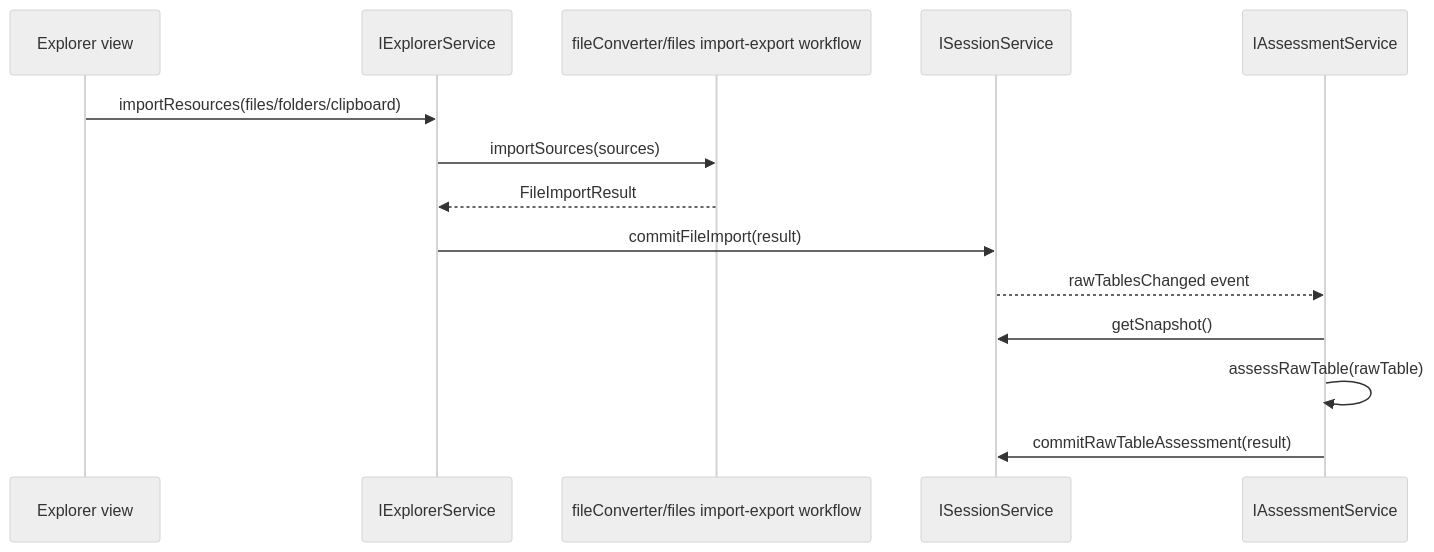
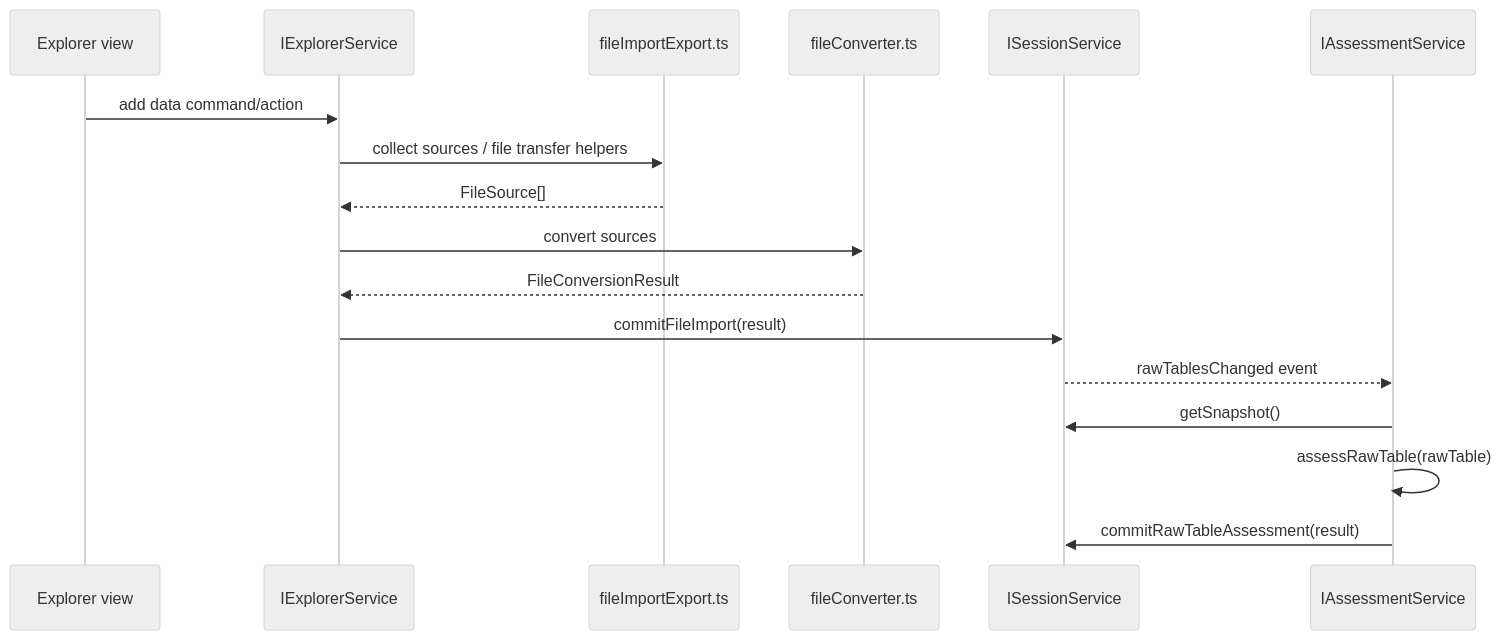
The third of 7 diagrams in .github/instructions/service-architecture.instructions.md (chogng/conductor), drawn with Mermaid (neutral theme) before and after one commit. The commit also changed other lines of this file and 14 other files, not shown here.

Commit message:
chore: align files architecture and Rust host naming

````diff
--- a/.github/instructions/service-architecture.instructions.md
+++ b/.github/instructions/service-architecture.instructions.md
@@ -237,17 +238,20 @@
 ```mermaid
 sequenceDiagram
     participant View as Explorer view
     participant Explorer as IExplorerService
-    participant FileImport as fileConverter/files import-export workflow
+    participant Source as fileImportExport.ts
+    participant Converter as fileConverter.ts
     participant Session as ISessionService
     participant Assessment as IAssessmentService
 
-    View->>Explorer: importResources(files/folders/clipboard)
-    Explorer->>FileImport: importSources(sources)
-    FileImport-->>Explorer: FileImportResult
+    View->>Explorer: add data command/action
+    Explorer->>Source: collect sources / file transfer helpers
+    Source-->>Explorer: FileSource[]
+    Explorer->>Converter: convert sources
+    Converter-->>Explorer: FileConversionResult
     Explorer->>Session: commitFileImport(result)
     Session-->>Assessment: rawTablesChanged event
     Assessment->>Session: getSnapshot()
     Assessment->>Assessment: assessRawTable(rawTable)
     Assessment->>Session: commitRawTableAssessment(result)
 ```
````
